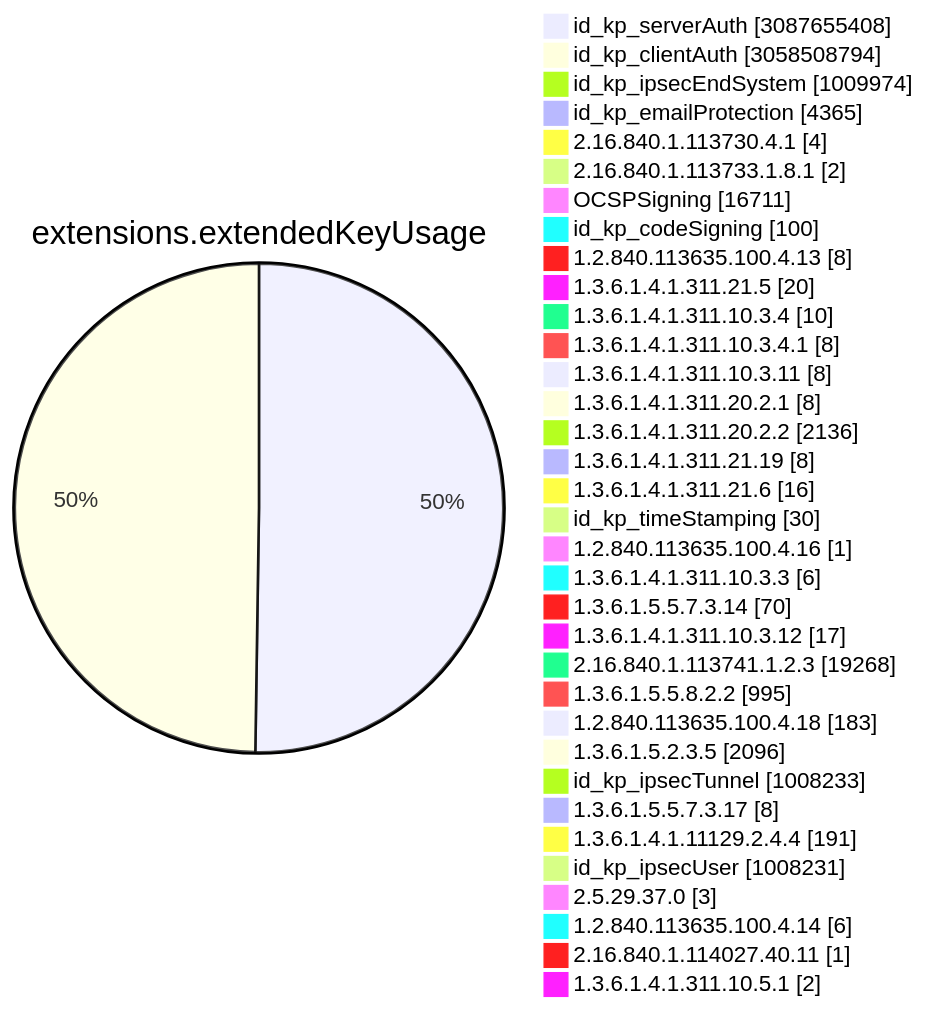
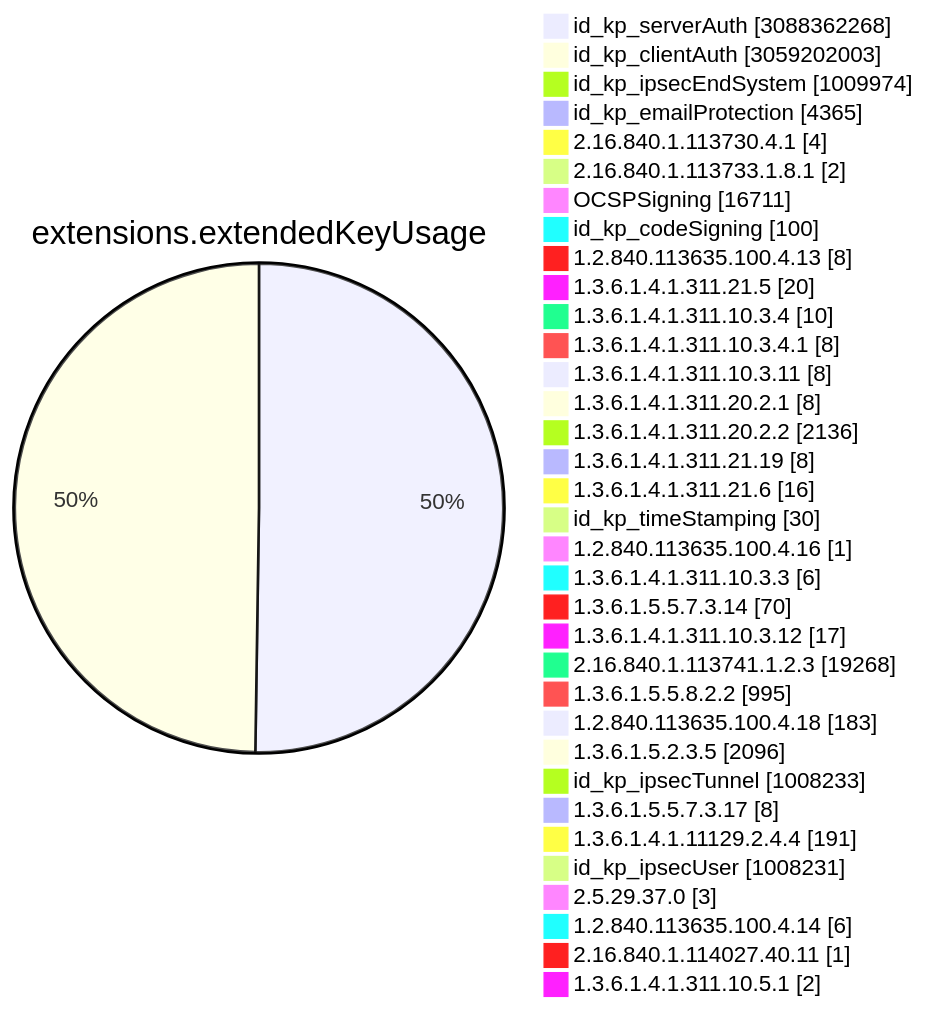
One commit to christiankrug/ctmonitor_visualization changed diagram 11 of 15 in TOTAL/README.md. Above: the diagram before and after it, drawn with Mermaid. The commit also changed other lines of this file, not shown here.

````diff
--- a/TOTAL/README.md
+++ b/TOTAL/README.md
@@ -4117,38 +4117,38 @@
 ```mermaid
 pie showData
 title extensions.extendedKeyUsage
-"id_kp_serverAuth" :3087655408
-"id_kp_clientAuth" :3058508794
+"id_kp_serverAuth" :3088362268
+"id_kp_clientAuth" :3059202003
 "id_kp_ipsecEndSystem" :1009974
 "id_kp_emailProtection" :4365
 "2.16.840.1.113730.4.1" :4
 "2.16.840.1.113733.1.8.1" :2
 "OCSPSigning" :16711
 "id_kp_codeSigning" :100
 "1.2.840.113635.100.4.13" :8
 "1.3.6.1.4.1.311.21.5" :20
 "1.3.6.1.4.1.311.10.3.4" :10
 "1.3.6.1.4.1.311.10.3.4.1" :8
 "1.3.6.1.4.1.311.10.3.11" :8
 "1.3.6.1.4.1.311.20.2.1" :8
 "1.3.6.1.4.1.311.20.2.2" :2136
 "1.3.6.1.4.1.311.21.19" :8
 "1.3.6.1.4.1.311.21.6" :16
 "id_kp_timeStamping" :30
 "1.2.840.113635.100.4.16" :1
 "1.3.6.1.4.1.311.10.3.3" :6
 "1.3.6.1.5.5.7.3.14" :70
 "1.3.6.1.4.1.311.10.3.12" :17
 "2.16.840.1.113741.1.2.3" :19268
 "1.3.6.1.5.5.8.2.2" :995
 "1.2.840.113635.100.4.18" :183
 "1.3.6.1.5.2.3.5" :2096
 "id_kp_ipsecTunnel" :1008233
 "1.3.6.1.5.5.7.3.17" :8
 "1.3.6.1.4.1.11129.2.4.4" :191
 "id_kp_ipsecUser" :1008231
 "2.5.29.37.0" :3
 "1.2.840.113635.100.4.14" :6
 "2.16.840.1.114027.40.11" :1
 "1.3.6.1.4.1.311.10.5.1" :2
 ```
````
